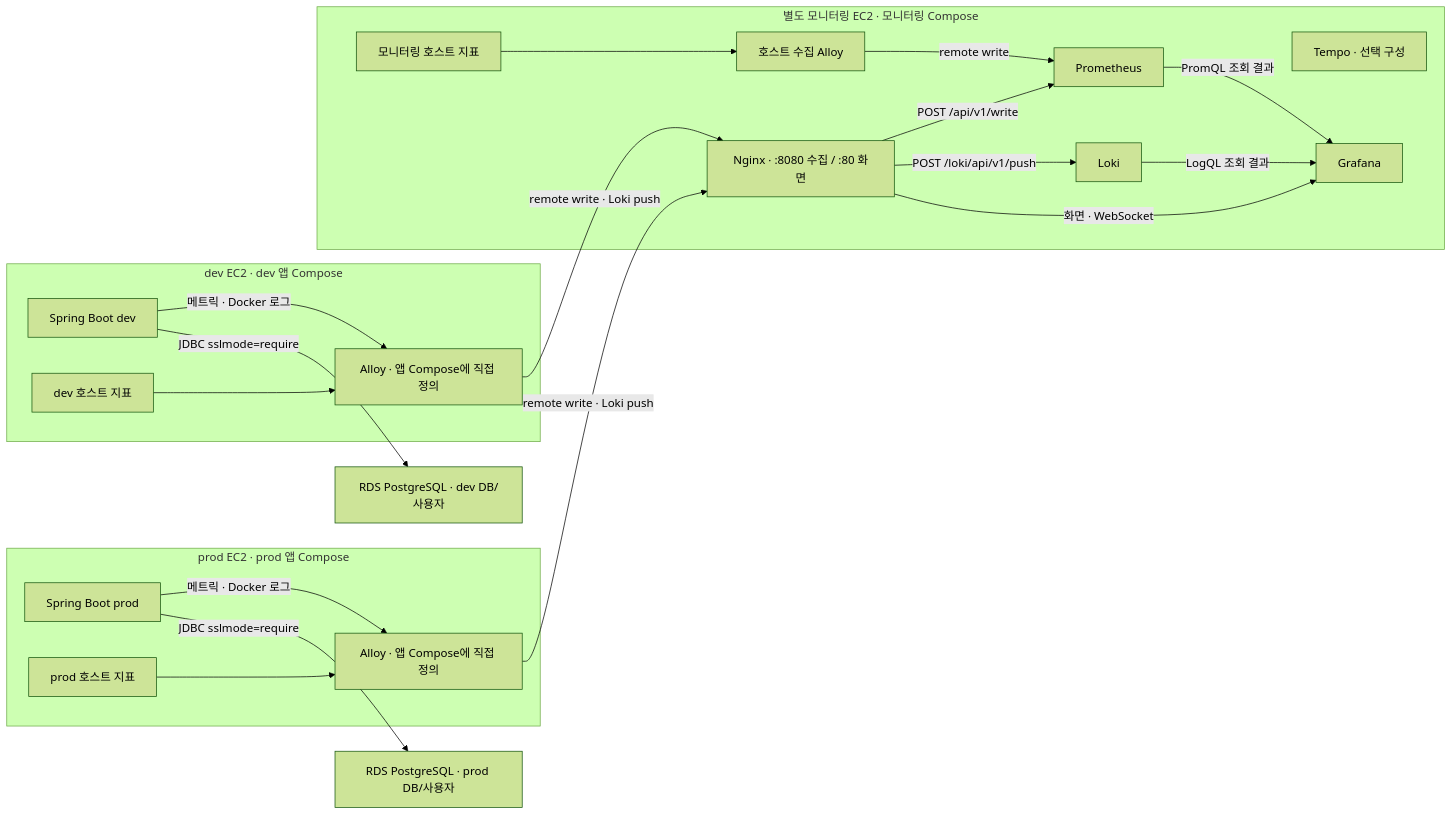
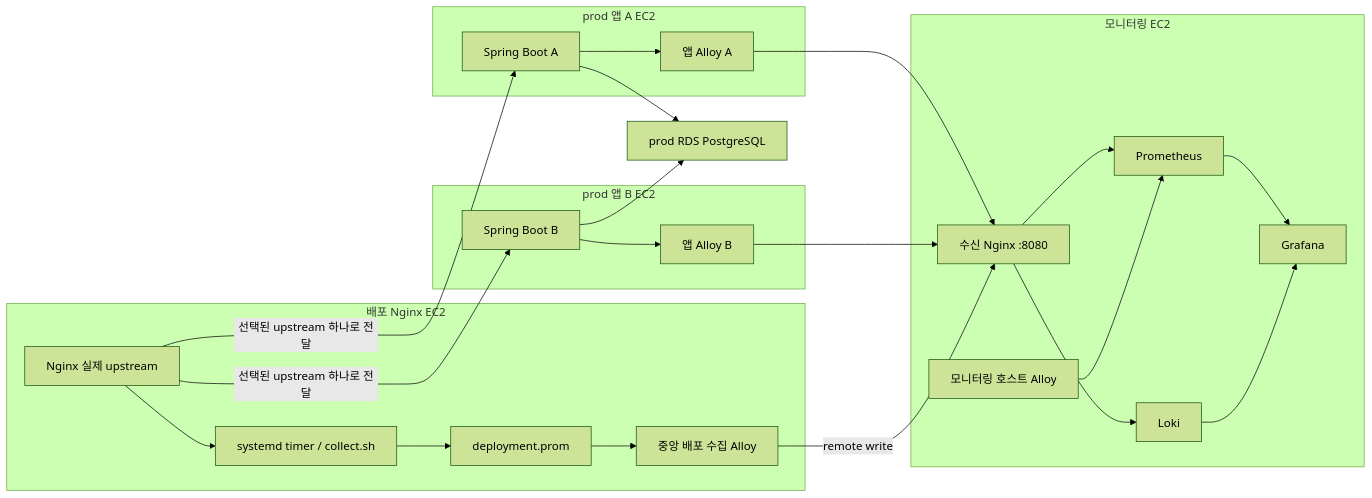
One commit to woowacourse-teams/2026-jarihana changed the first of 2 diagrams in infra/docs/observability/ARCHITECTURE.md. Above: the diagram before and after it, drawn with Mermaid (forest theme). The commit also changed other lines of this file and 4 other files, not shown here.

````diff
--- a/infra/docs/observability/ARCHITECTURE.md
+++ b/infra/docs/observability/ARCHITECTURE.md
@@ -35,34 +39,27 @@
 ```mermaid
 flowchart LR
-  subgraph DEV["dev EC2 · dev 앱 Compose"]
-    DEVAPP["Spring Boot dev"]
-    DEVALLOY["Alloy · 앱 Compose에 직접 정의"]
-    DEVAPP -->|"메트릭 · Docker 로그"| DEVALLOY
-    DEVHOST["dev 호스트 지표"] --> DEVALLOY
+  subgraph A["prod 앱 A EC2"]
+    APP_A["Spring Boot A"] --> ALLOY_A["앱 Alloy A"]
   end
-  subgraph PROD["prod EC2 · prod 앱 Compose"]
-    PRODAPP["Spring Boot prod"]
-    PRODALLOY["Alloy · 앱 Compose에 직접 정의"]
-    PRODAPP -->|"메트릭 · Docker 로그"| PRODALLOY
-    PRODHOST["prod 호스트 지표"] --> PRODALLOY
+  subgraph B["prod 앱 B EC2"]
+    APP_B["Spring Boot B"] --> ALLOY_B["앱 Alloy B"]
   end
-  DEVRDS["RDS PostgreSQL · dev DB/사용자"]
-  PRODRDS["RDS PostgreSQL · prod DB/사용자"]
-  DEVAPP -->|"JDBC sslmode=require"| DEVRDS
-  PRODAPP -->|"JDBC sslmode=require"| PRODRDS
-  subgraph MON["별도 모니터링 EC2 · 모니터링 Compose"]
-    MONHOST["모니터링 호스트 지표"] --> MONALLOY["호스트 수집 Alloy"]
-    MONALLOY -->|"remote write"| PROM["Prometheus"]
-    LOKI["Loki"]
-    TEMPO["Tempo · 선택 구성"]
-    GRAF["Grafana"]
-    NGINX["Nginx · :8080 수집 / :80 화면"]
-    NGINX -->|"POST /api/v1/write"| PROM
-    NGINX -->|"POST /loki/api/v1/push"| LOKI
-    NGINX -->|"화면 · WebSocket"| GRAF
-    PROM -->|"PromQL 조회 결과"| GRAF
-    LOKI -->|"LogQL 조회 결과"| GRAF
+  subgraph EDGE["배포 Nginx EC2"]
+    NGINX["Nginx 실제 upstream"] --> COLLECT["systemd timer / collect.sh"]
+    COLLECT --> TEXT["deployment.prom"] --> CENTRAL["중앙 배포 수집 Alloy"]
   end
-  DEVALLOY -->|"remote write · Loki push"| NGINX
-  PRODALLOY -->|"remote write · Loki push"| NGINX
+  NGINX -->|"선택된 upstream 하나로 전달"| APP_A
+  NGINX -->|"선택된 upstream 하나로 전달"| APP_B
+  APP_A --> RDS["prod RDS PostgreSQL"]
+  APP_B --> RDS
+  subgraph MON["모니터링 EC2"]
+    INGEST["수신 Nginx :8080"] --> PROM["Prometheus"]
+    INGEST --> LOKI["Loki"]
+    MONALLOY["모니터링 호스트 Alloy"] --> PROM
+    PROM --> GRAF["Grafana"]
+    LOKI --> GRAF
+  end
+  ALLOY_A --> INGEST
+  ALLOY_B --> INGEST
+  CENTRAL -->|"remote write"| INGEST
 ```
````
